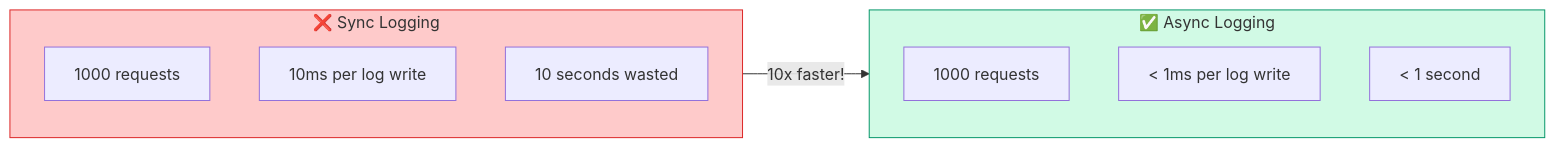
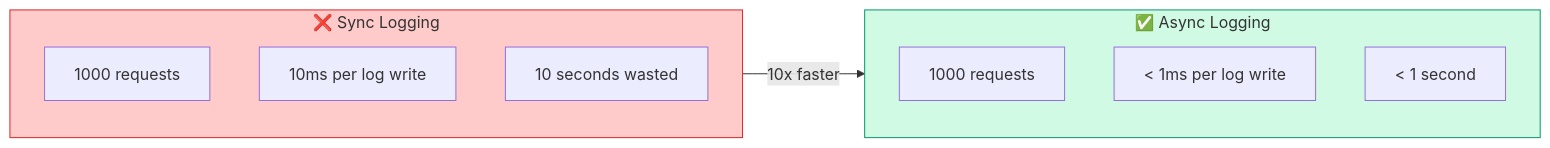
One commit to rilov/handbook changed diagram 20 of 25 in _topics/scaling-api-1-to-1-million-rps.md. Above: the diagram before and after it, drawn with Mermaid. The commit also changed other lines of this file and 2 other files, not shown here.

Commit message:
mermaid diagram upgrade

```diff
--- a/_topics/scaling-api-1-to-1-million-rps.md
+++ b/_topics/scaling-api-1-to-1-million-rps.md
@@ -828,21 +828,21 @@
 <div class="mermaid">
 flowchart LR
     subgraph sync["❌ Sync Logging"]
         direction TB
         S1["1000 requests"]
         S2["10ms per log write"]
         S3["10 seconds wasted"]
     end
     
     subgraph async["✅ Async Logging"]
         direction TB
         A1["1000 requests"]
         A2["< 1ms per log write"]
         A3["< 1 second"]
     end
     
-    sync --> |"10x faster!"| async
+    sync -->|10x faster| async
     
     style sync fill:#fecaca,stroke:#dc2626
     style async fill:#d1fae5,stroke:#059669
 </div>
```
